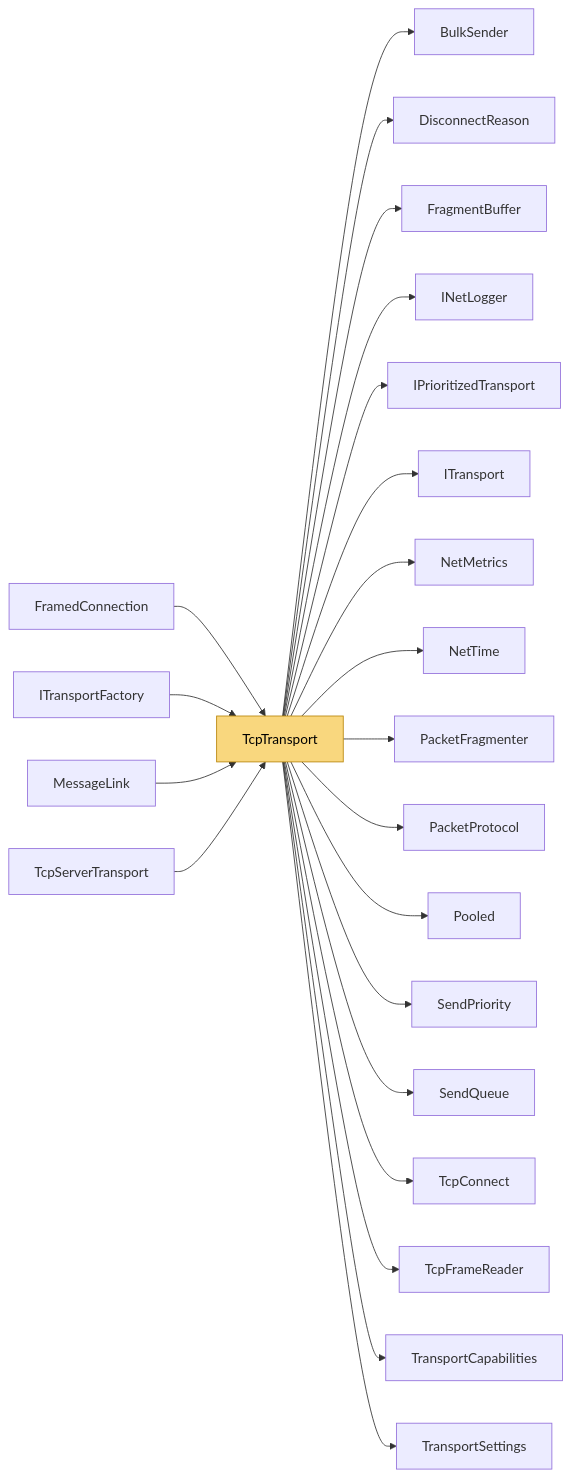
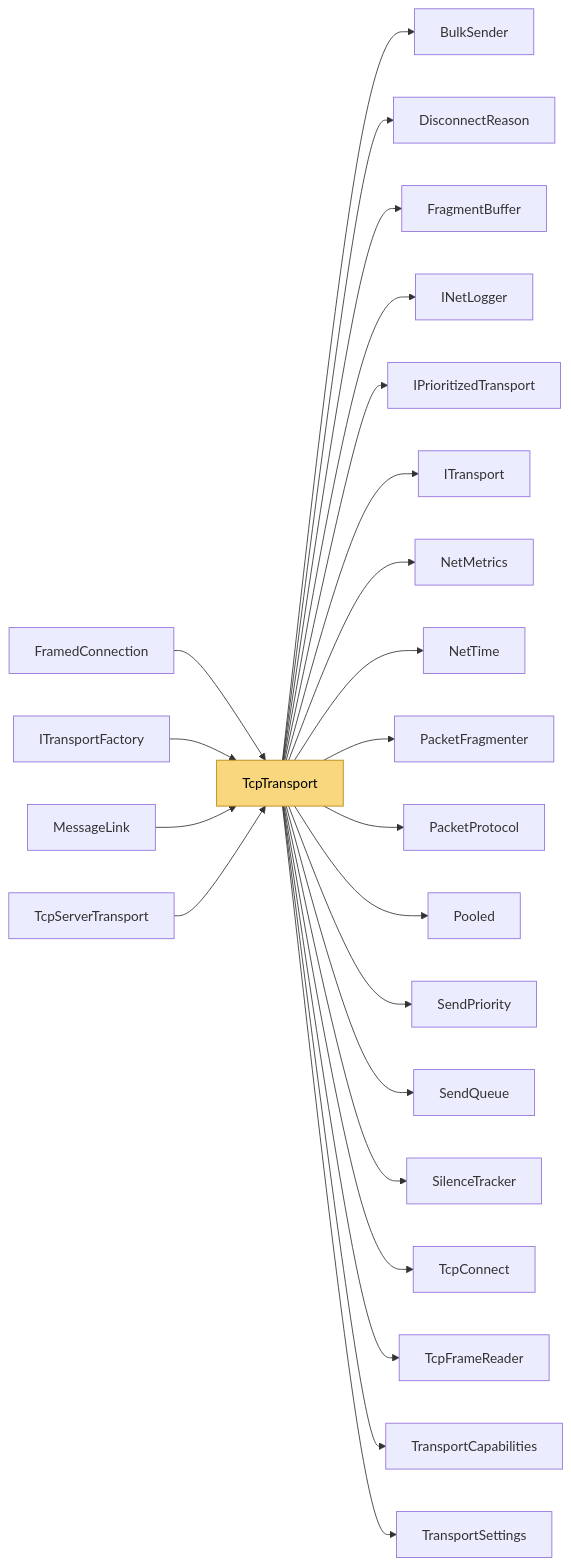
The diagram in docs/Code/Transports/Tcp/TcpTransport.md (VladislavKresov/NetSync), drawn with Mermaid before and after one commit. The commit also changed other lines of this file and 56 other files, not shown here.

Commit message:
Docs: limitations and roadmap after rc.6 work; regenerated code reference

````diff
--- a/docs/Code/Transports/Tcp/TcpTransport.md
+++ b/docs/Code/Transports/Tcp/TcpTransport.md
@@ -74,26 +74,27 @@
 ```mermaid
 flowchart LR
   m_TcpTransport["TcpTransport"]:::self
   m_TcpTransport --> m_BulkSender["BulkSender"]
   m_TcpTransport --> m_DisconnectReason["DisconnectReason"]
   m_TcpTransport --> m_FragmentBuffer["FragmentBuffer"]
   m_TcpTransport --> m_INetLogger["INetLogger"]
   m_TcpTransport --> m_IPrioritizedTransport["IPrioritizedTransport"]
   m_TcpTransport --> m_ITransport["ITransport"]
   m_TcpTransport --> m_NetMetrics["NetMetrics"]
   m_TcpTransport --> m_NetTime["NetTime"]
   m_TcpTransport --> m_PacketFragmenter["PacketFragmenter"]
   m_TcpTransport --> m_PacketProtocol["PacketProtocol"]
   m_TcpTransport --> m_Pooled["Pooled"]
   m_TcpTransport --> m_SendPriority["SendPriority"]
   m_TcpTransport --> m_SendQueue["SendQueue"]
+  m_TcpTransport --> m_SilenceTracker["SilenceTracker"]
   m_TcpTransport --> m_TcpConnect["TcpConnect"]
   m_TcpTransport --> m_TcpFrameReader["TcpFrameReader"]
   m_TcpTransport --> m_TransportCapabilities["TransportCapabilities"]
   m_TcpTransport --> m_TransportSettings["TransportSettings"]
   m_FramedConnection["FramedConnection"] --> m_TcpTransport
   m_ITransportFactory["ITransportFactory"] --> m_TcpTransport
   m_MessageLink["MessageLink"] --> m_TcpTransport
   m_TcpServerTransport["TcpServerTransport"] --> m_TcpTransport
   classDef self fill:#f9d77e,stroke:#b8860b,color:#000
 ```
````
